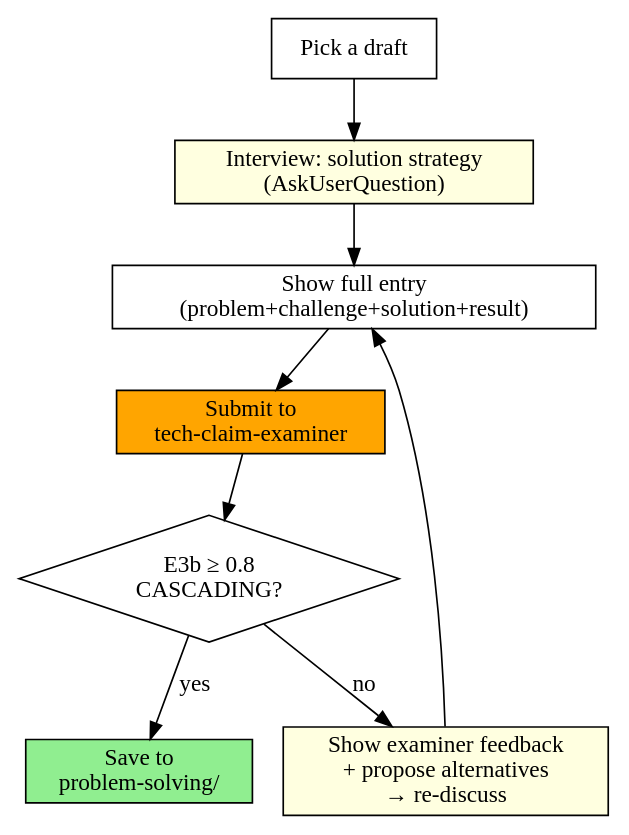
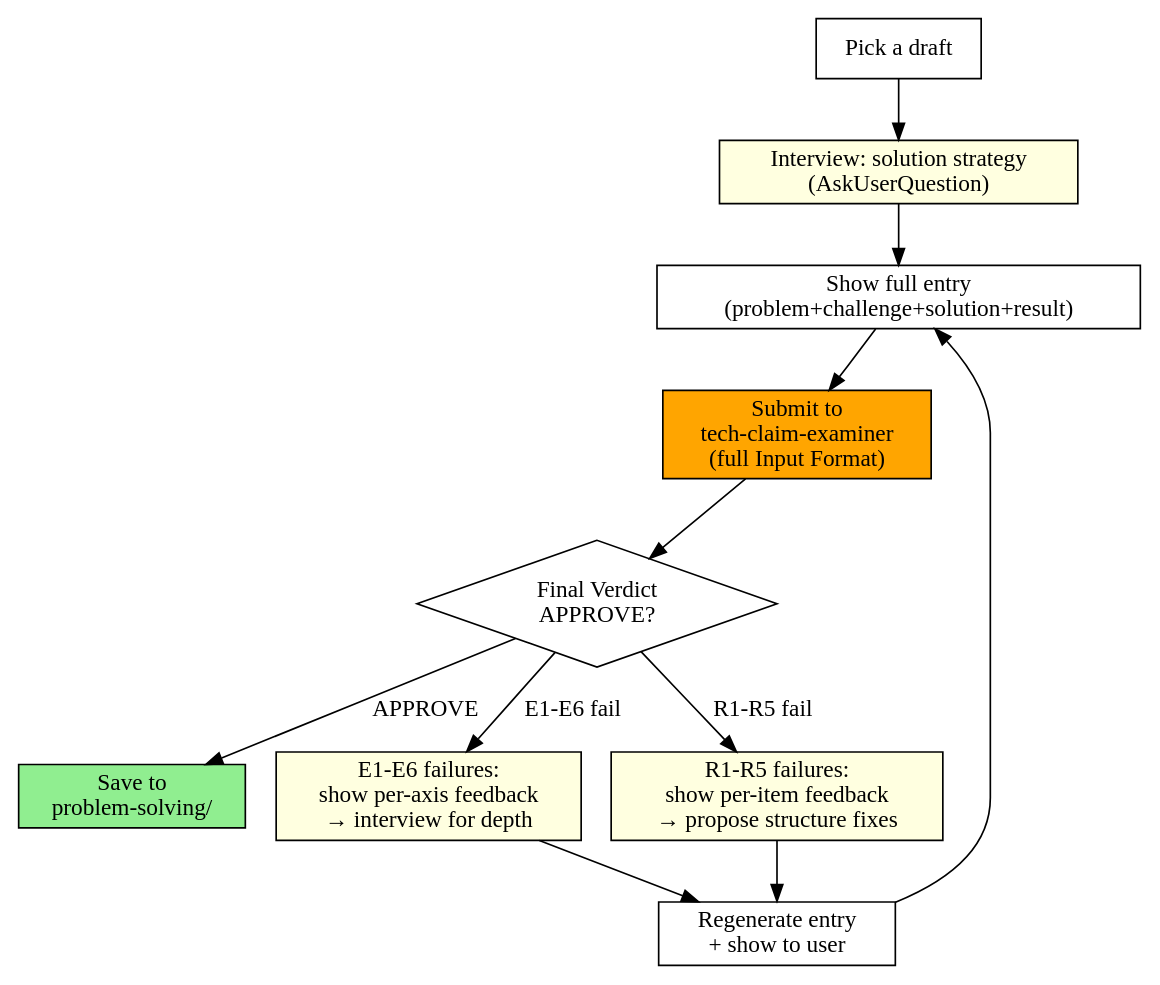
One commit to toongri/oh-my-toong-playground changed the third of 3 diagrams in skills/resume-forge/SKILL.md. Above: the diagram before and after it, drawn with Graphviz. The commit also changed other lines of this file and 2 other files, not shown here.

First line of the commit message:
fix: examiner Phase C 누락 및 rubric 미준수 수정

````diff
--- a/skills/resume-forge/SKILL.md
+++ b/skills/resume-forge/SKILL.md
@@ -101,20 +101,25 @@
 ```dot
 digraph loop2 {
     rankdir=TB;
     pick [shape=box, label="Pick a draft"];
     interview [shape=box, label="Interview: solution strategy\n(AskUserQuestion)", style=filled, fillcolor=lightyellow];
     show [shape=box, label="Show full entry\n(problem+challenge+solution+result)"];
-    exam [shape=box, label="Submit to\ntech-claim-examiner", style=filled, fillcolor=orange];
-    check [shape=diamond, label="E3b ≥ 0.8\nCASCADING?"];
+    exam [shape=box, label="Submit to\ntech-claim-examiner\n(full Input Format)", style=filled, fillcolor=orange];
+    check [shape=diamond, label="Final Verdict\nAPPROVE?"];
     save [shape=box, label="Save to\nproblem-solving/", style=filled, fillcolor=lightgreen];
-    feedback [shape=box, label="Show examiner feedback\n+ propose alternatives\n→ re-discuss", style=filled, fillcolor=lightyellow];
+    e_fail [shape=box, label="E1-E6 failures:\nshow per-axis feedback\n→ interview for depth", style=filled, fillcolor=lightyellow];
+    r_fail [shape=box, label="R1-R5 failures:\nshow per-item feedback\n→ propose structure fixes", style=filled, fillcolor=lightyellow];
+    revise [shape=box, label="Regenerate entry\n+ show to user"];
 
     pick -> interview;
     interview -> show;
     show -> exam;
     exam -> check;
-    check -> save [label="yes"];
-    check -> feedback [label="no"];
-    feedback -> show;
+    check -> save [label="APPROVE"];
+    check -> e_fail [label="E1-E6 fail"];
+    check -> r_fail [label="R1-R5 fail"];
+    e_fail -> revise;
+    r_fail -> revise;
+    revise -> show;
 }
 ```
````
